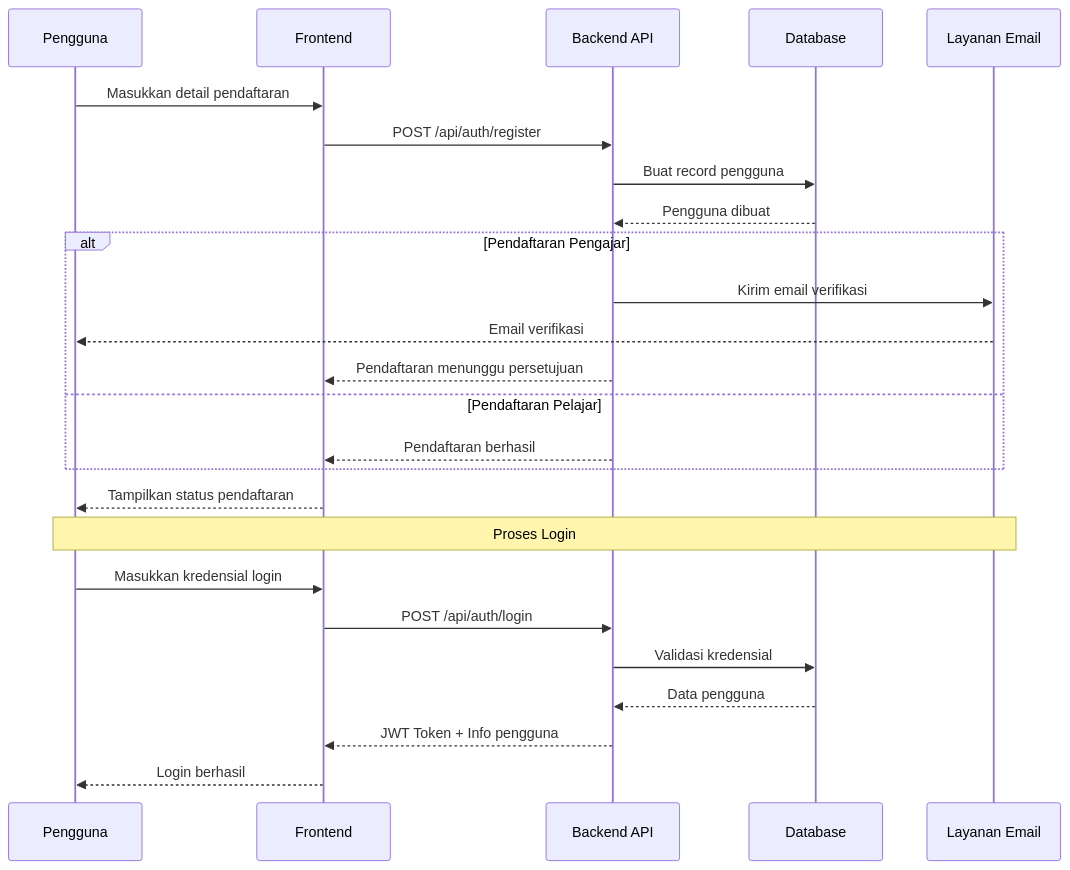
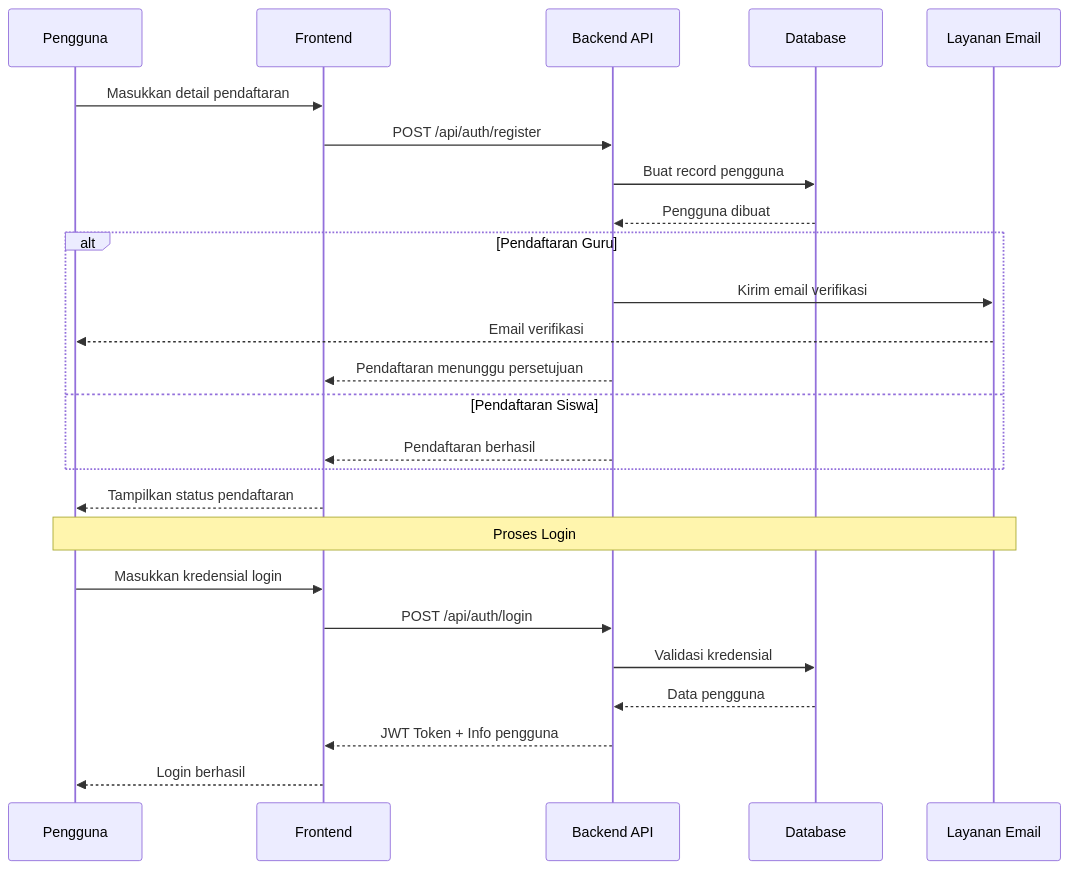
The first of 8 diagrams in sequence-diagrams.md (jonito2005/exam-expert-ai-docs), drawn with Mermaid before and after one commit. The commit also changed other lines of this file and 4 other files, not shown here.

````diff
--- a/sequence-diagrams.md
+++ b/sequence-diagrams.md
@@ -5,31 +18,31 @@
 ```mermaid
 sequenceDiagram
     participant U as Pengguna
     participant F as Frontend
     participant API as Backend API
     participant DB as Database
     participant Email as Layanan Email
 
     U->>F: Masukkan detail pendaftaran
     F->>API: POST /api/auth/register
     API->>DB: Buat record pengguna
     DB-->>API: Pengguna dibuat
     
-    alt Pendaftaran Pengajar
+    alt Pendaftaran Guru
         API->>Email: Kirim email verifikasi
         Email-->>U: Email verifikasi
         API-->>F: Pendaftaran menunggu persetujuan
-    else Pendaftaran Pelajar
+    else Pendaftaran Siswa
         API-->>F: Pendaftaran berhasil
     end
     
     F-->>U: Tampilkan status pendaftaran
 
     Note over U,Email: Proses Login
     U->>F: Masukkan kredensial login
     F->>API: POST /api/auth/login
     API->>DB: Validasi kredensial
     DB-->>API: Data pengguna
     API-->>F: JWT Token + Info pengguna
     F-->>U: Login berhasil
 ```
````
